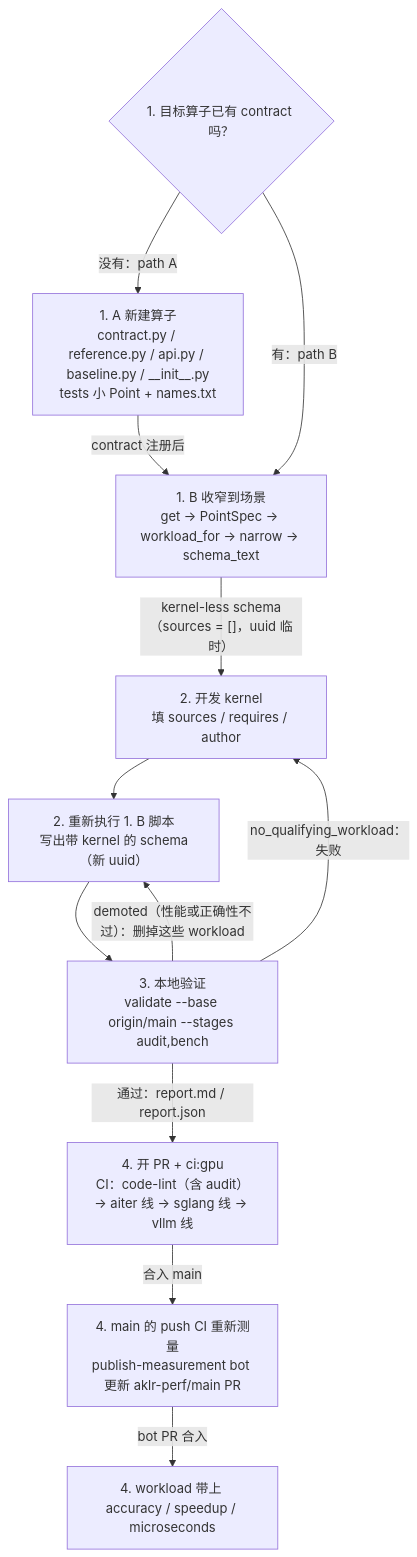
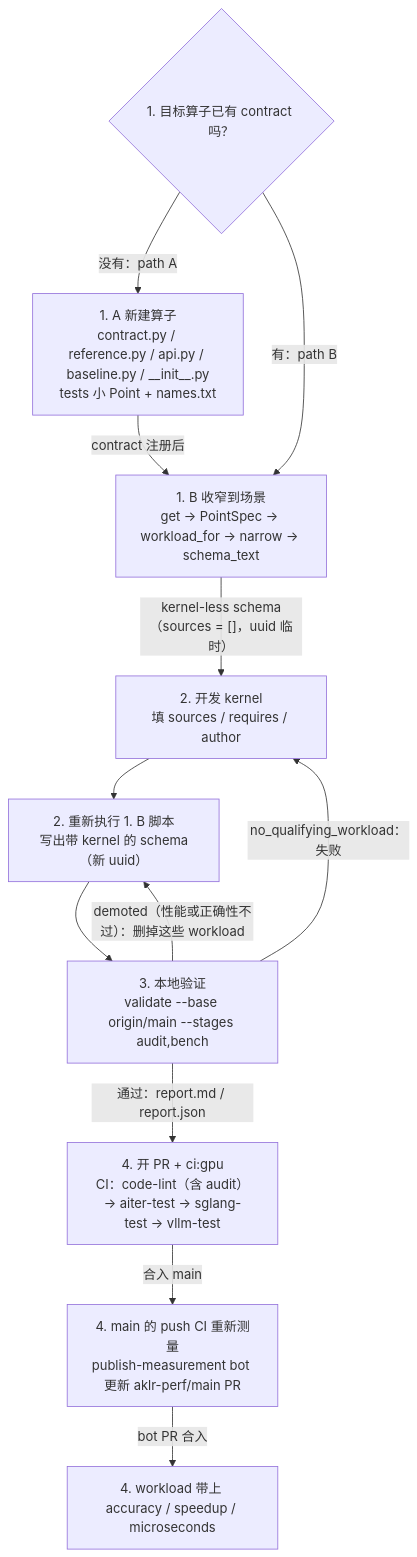
The diagram in docs/ops_tutorial.zh.md (AMD-AGI/AKLR), drawn with Mermaid before and after one commit. The commit also changed other lines of this file and 10 other files, not shown here.

First line of the commit message:
ci: name the GPU jobs aiter-test, sglang-test and vllm-test

````diff
--- a/docs/ops_tutorial.zh.md
+++ b/docs/ops_tutorial.zh.md
@@ -13,14 +13,14 @@
 ```mermaid
 flowchart TD
     S{"1. 目标算子已有 contract 吗？"} -->|"没有：path A"| A["1. A 新建算子<br/>contract.py / reference.py / api.py / baseline.py / __init__.py<br/>tests 小 Point + names.txt"]
     S -->|"有：path B"| B["1. B 收窄到场景<br/>get → PointSpec → workload_for → narrow → schema_text"]
     A -->|"contract 注册后"| B
     B -->|"kernel-less schema<br/>（sources = []，uuid 临时）"| D["2. 开发 kernel<br/>填 sources / requires / author"]
     D --> R["2. 重新执行 1. B 脚本<br/>写出带 kernel 的 schema（新 uuid）"]
     R --> V["3. 本地验证<br/>validate --base origin/main --stages audit,bench"]
     V -->|"no_qualifying_workload：失败"| D
     V -->|"demoted（性能或正确性不过）：删掉这些 workload"| R
-    V -->|"通过：report.md / report.json"| P["4. 开 PR + ci:gpu<br/>CI：code-lint（含 audit）→ aiter 线 → sglang 线 → vllm 线"]
+    V -->|"通过：report.md / report.json"| P["4. 开 PR + ci:gpu<br/>CI：code-lint（含 audit）→ aiter-test → sglang-test → vllm-test"]
     P -->|"合入 main"| M["4. main 的 push CI 重新测量<br/>publish-measurement bot 更新 aklr-perf/main PR"]
     M -->|"bot PR 合入"| N["4. workload 带上 accuracy / speedup / microseconds"]
 ```
````
